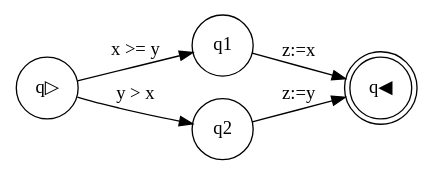
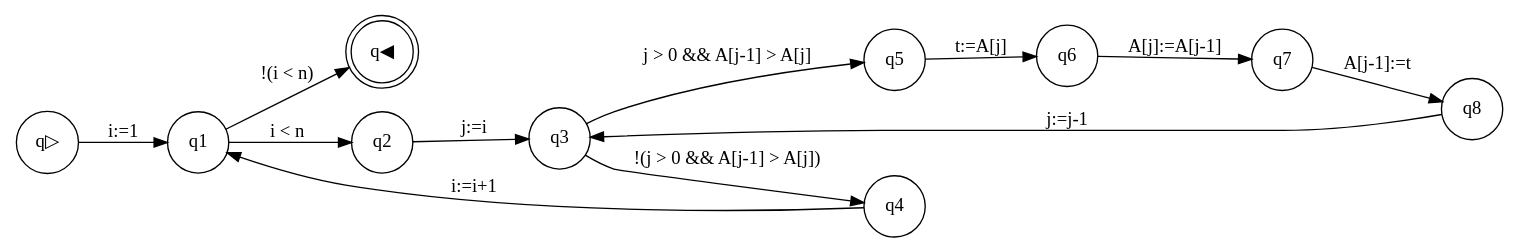
One commit to neluchetraru/GCL changed the diagram in graph.gv. Above: the diagram before and after it, drawn with Graphviz. The commit also changed 3 other files, not shown here.

```diff
--- a/graph.gv
+++ b/graph.gv
@@ -1,9 +1,16 @@
 digraph program_graph {rankdir=LR;
 node [shape = circle]; q▷;
 node [shape = doublecircle]; q◀;
 node [shape = circle]
-q1 -> q◀ [label = "z:=x"];
-q2 -> q◀ [label = "z:=y"];
-q▷ -> q1 [label = "x >= y"];
-q▷ -> q2 [label = "y > x"];
+q1 -> q◀ [label = "!(i < n)"];
+q1 -> q2 [label = "i < n"];
+q2 -> q3 [label = "j:=i"];
+q3 -> q4 [label = "!(j > 0 && A[j-1] > A[j])"];
+q3 -> q5 [label = "j > 0 && A[j-1] > A[j]"];
+q4 -> q1 [label = "i:=i+1"];
+q5 -> q6 [label = "t:=A[j]"];
+q6 -> q7 [label = "A[j]:=A[j-1]"];
+q7 -> q8 [label = "A[j-1]:=t"];
+q8 -> q3 [label = "j:=j-1"];
+q▷ -> q1 [label = "i:=1"];
 }
```
